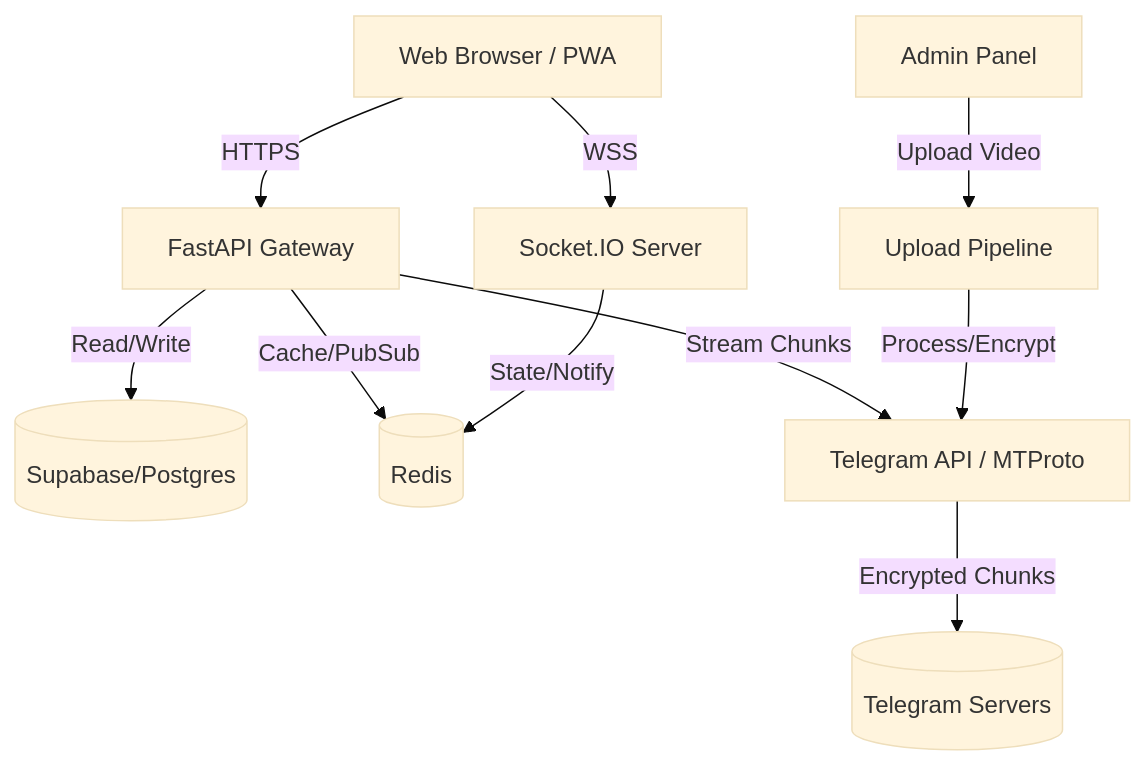
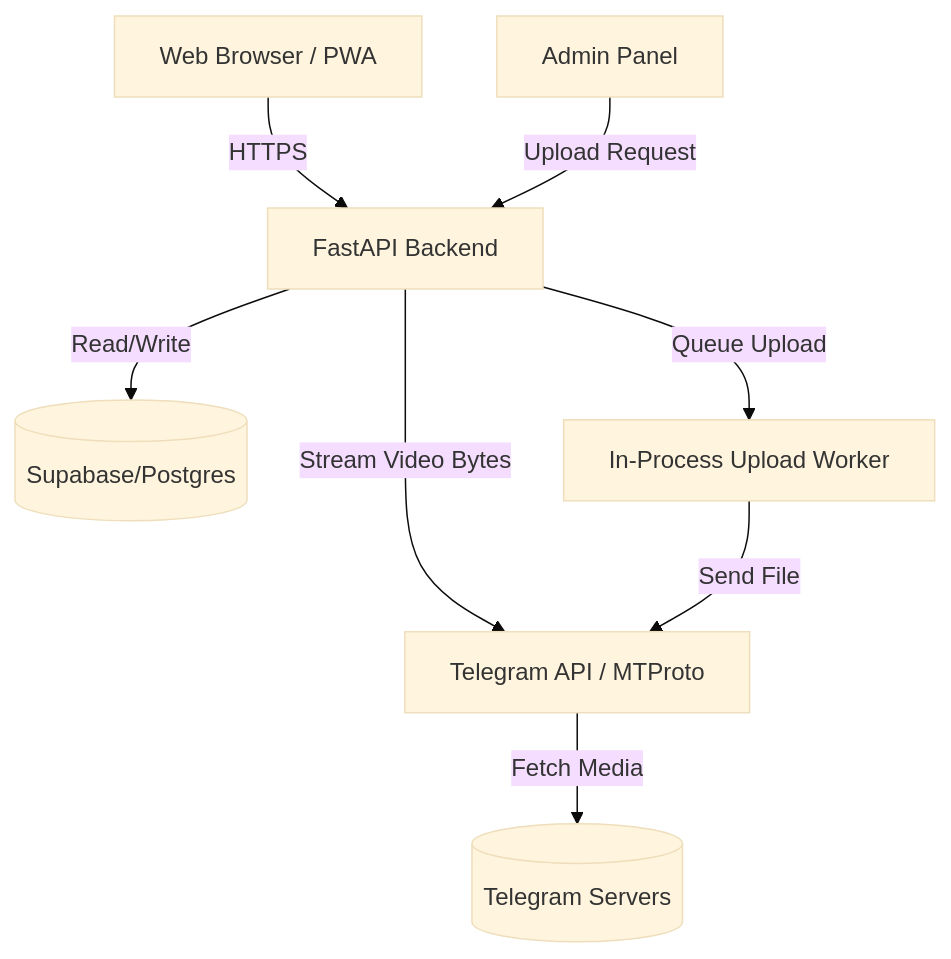
The diagram in docs/ARCHITECTURE.md (HasibBot4u/New-mvp-9), drawn with Mermaid (base theme) before and after one commit. The commit also changed other lines of this file and 113 other files, not shown here.

````diff
--- a/docs/ARCHITECTURE.md
+++ b/docs/ARCHITECTURE.md
@@ -27,16 +25,12 @@
 ```mermaid
 graph TD
-    Client[Web Browser / PWA] -->|HTTPS| API[FastAPI Gateway]
-    Client -->|WSS| Socket[Socket.IO Server]
+    Client[Web Browser / PWA] -->|HTTPS| API[FastAPI Backend]
     
     API -->|Read/Write| Supabase[(Supabase/Postgres)]
-    API -->|Cache/PubSub| Redis[(Redis)]
+    API -->|Stream Video Bytes| TG[Telegram API / MTProto]
+    TG -->|Fetch Media| TelegramCloud[(Telegram Servers)]
     
-    API -->|Stream Chunks| TG[Telegram API / MTProto]
-    TG -->|Encrypted Chunks| TelegramCloud[(Telegram Servers)]
-    
-    Socket -->|State/Notify| Redis
-    
-    Admin[Admin Panel] -->|Upload Video| UploadWorker[Upload Pipeline]
-    UploadWorker -->|Process/Encrypt| TG
+    Admin[Admin Panel] -->|Upload Request| API
+    API -->|Queue Upload| UploadWorker[In-Process Upload Worker]
+    UploadWorker -->|Send File| TG
 ```
````
